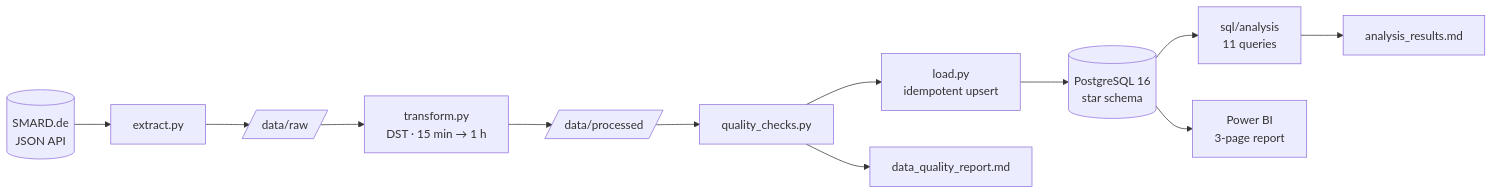
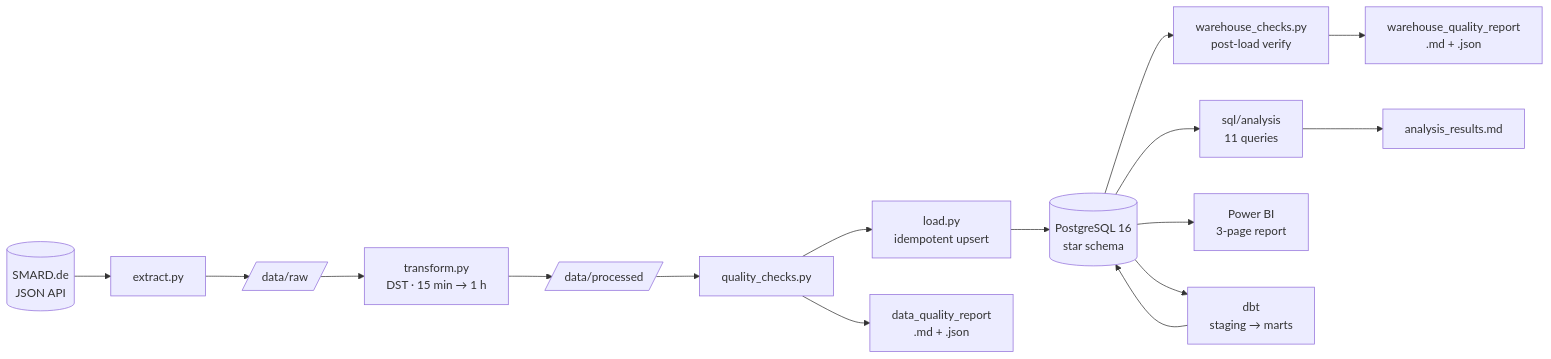
The first of 2 diagrams in README.md (taneeshk12/electricity-market-germany), drawn with Mermaid before and after one commit. The commit also changed other lines of this file and 57 other files, not shown here.

First line of the commit message:
feat: tests, structured quality gates, CI and dbt layer (week 1)

````diff
--- a/README.md
+++ b/README.md
@@ -73,9 +78,11 @@
 ```mermaid
 flowchart LR
     S[("SMARD.de<br/>JSON API")] --> E["extract.py"] --> R[/"data/raw"/]
     R --> T["transform.py<br/>DST · 15 min → 1 h"] --> P[/"data/processed"/]
     P --> Q["quality_checks.py"] --> L["load.py<br/>idempotent upsert"] --> DB[("PostgreSQL 16<br/>star schema")]
-    Q --> QR["data_quality_report.md"]
+    Q --> QR["data_quality_report<br/>.md + .json"]
+    DB --> V["warehouse_checks.py<br/>post-load verify"] --> VR["warehouse_quality_report<br/>.md + .json"]
     DB --> A["sql/analysis<br/>11 queries"] --> AR["analysis_results.md"]
     DB --> PBI["Power BI<br/>3-page report"]
+    DB --> DBT["dbt<br/>staging → marts"] --> DB
 ```
````
